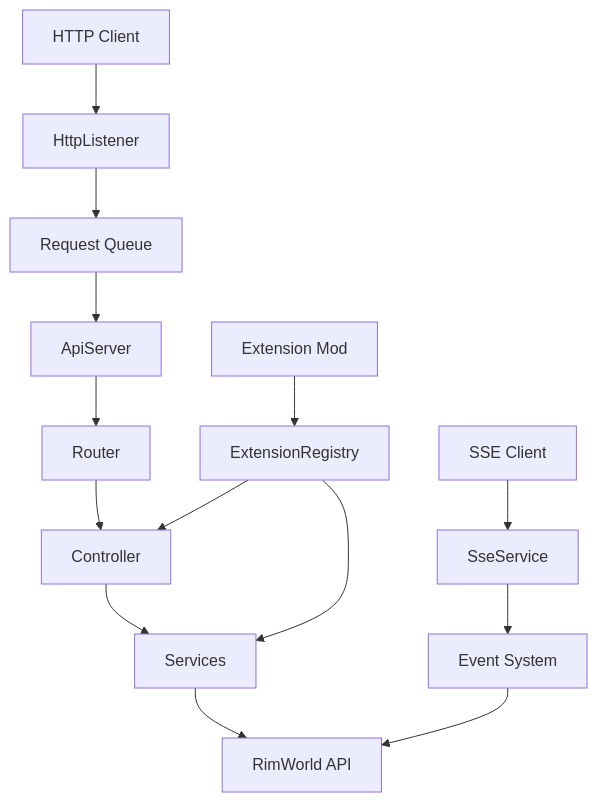
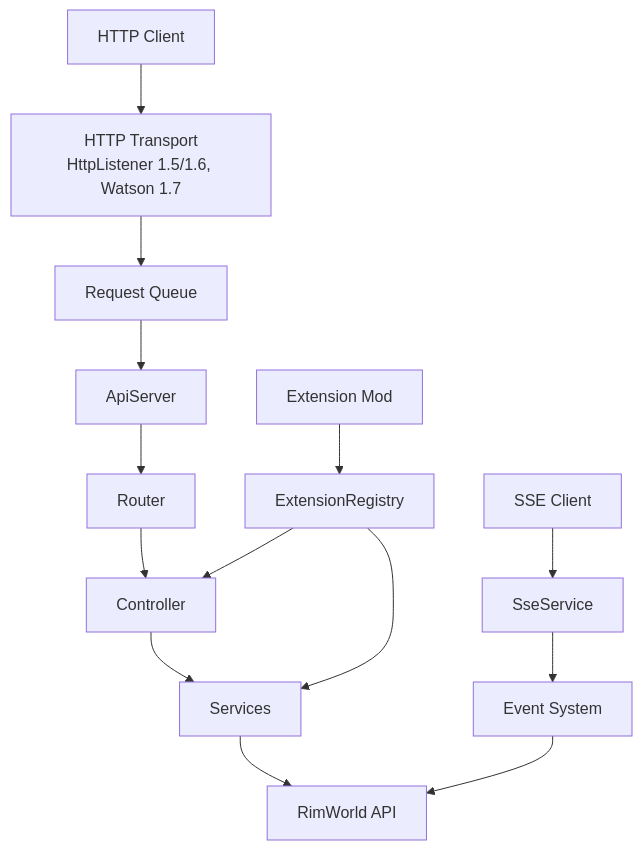
One commit to IlyaChichkov/RIMAPI changed the first of 3 diagrams in docs/contributors_guide/architecture.md. Above: the diagram before and after it, drawn with Mermaid. The commit also changed other lines of this file and 71 other files, not shown here.

````diff
--- a/docs/contributors_guide/architecture.md
+++ b/docs/contributors_guide/architecture.md
@@ -16,18 +16,18 @@
 ```mermaid
     graph TB
-        A[HTTP Client] --> B[HttpListener]
+        A[HTTP Client] --> B[HTTP Transport<br/>HttpListener 1.5/1.6, Watson 1.7]
         B --> C[Request Queue]
         C --> D[ApiServer]
         D --> E[Router]
         E --> F[Controller]
         F --> G[Services]
         G --> H[RimWorld API]
         
         I[Extension Mod] --> J[ExtensionRegistry]
         J --> F
         J --> G
         
         K[SSE Client] --> L[SseService]
         L --> M[Event System]
         M --> H
 ```
````
